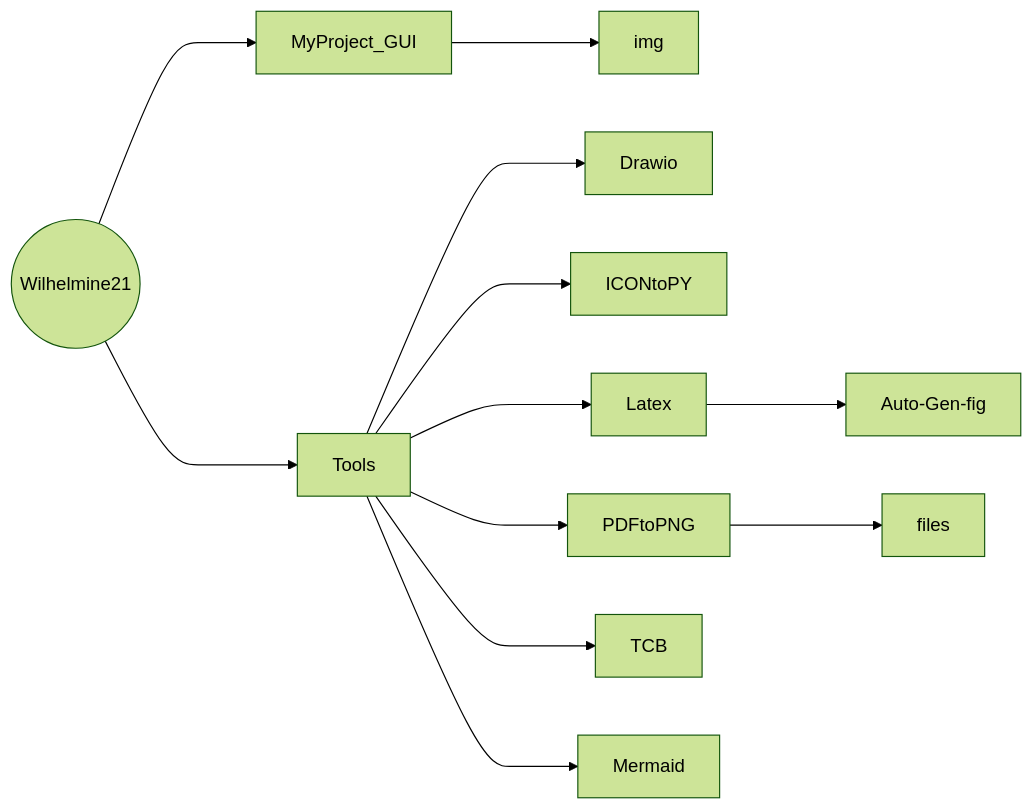
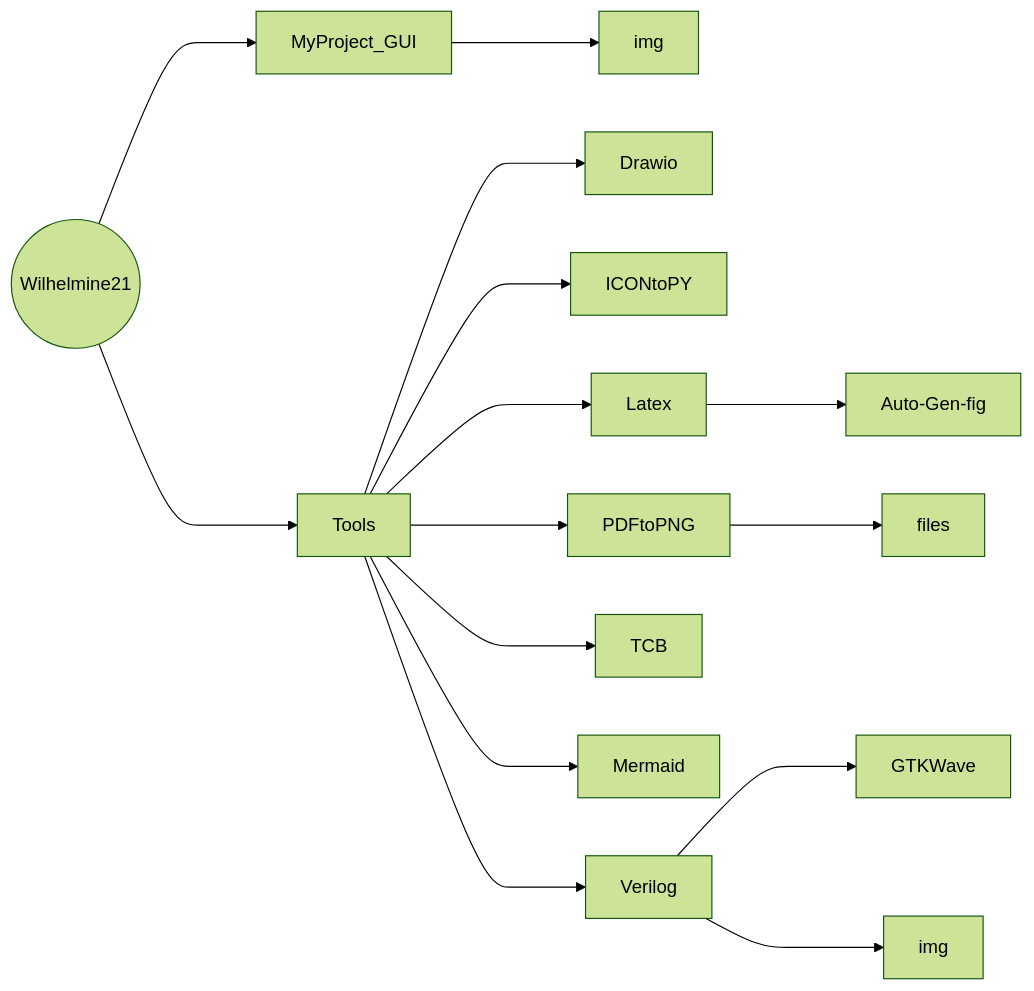
The diagram in README.md (Wilhelmine21/Wilhelmine21), drawn with Mermaid (forest theme) before and after one commit. The commit also changed other lines of this file, not shown here.

````diff
--- a/README.md
+++ b/README.md
@@ -7,17 +7,20 @@
 ```mermaid
 graph LR;
 Wilhelmine21((Wilhelmine21)) ---> MyProject_GUI
 Wilhelmine21((Wilhelmine21)) ---> Tools
 
-MyProject_GUI ---> img
+MyProject_GUI ---> GUIImg[img]
 
 Tools ---> Drawio
 Tools ---> ICONtoPY
 Tools ---> Latex
 Tools ---> PDFtoPNG
 Tools ---> TCB
 Tools ---> Mermaid
+Tools ---> Verilog
 
 PDFtoPNG ---> files
 Latex ---> Auto-Gen-fig
+Verilog ---> GTKWave
+Verilog ---> VerilogImg[img]
 ```
````
